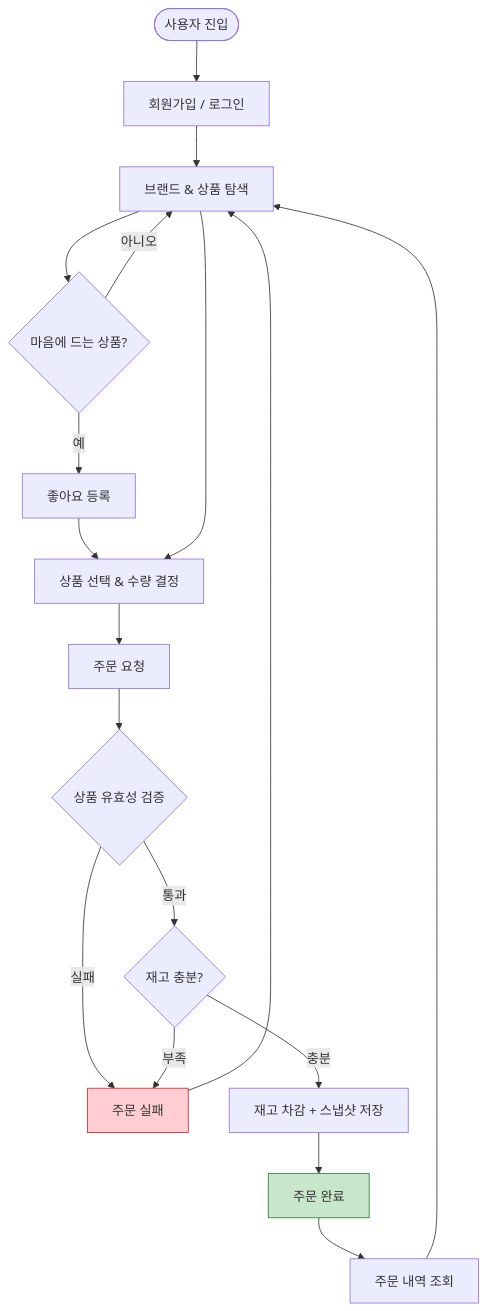
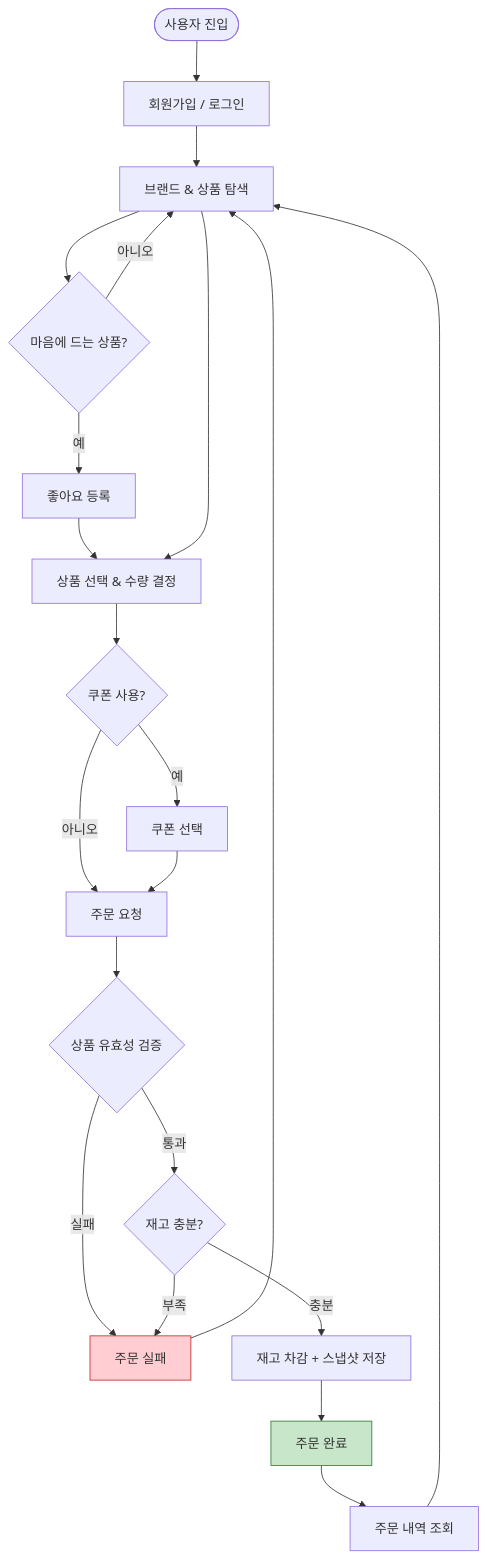
The first of 6 diagrams in docs/design/05-flowcharts.md (Loopers-dev-lab/loop-pack-be-l2-vol3-kotlin), drawn with Mermaid before and after one commit. The commit also changed other lines of this file and 7 other files, not shown here.

````diff
--- a/docs/design/05-flowcharts.md
+++ b/docs/design/05-flowcharts.md
@@ -14,28 +14,31 @@
 ```mermaid
 flowchart TB
     A([사용자 진입]) --> B[회원가입 / 로그인]
     B --> C[브랜드 & 상품 탐색]
 
     C --> D{마음에 드는 상품?}
     D -->|예| E[좋아요 등록]
     D -->|아니오| C
 
     E --> F[상품 선택 & 수량 결정]
     C --> F
 
-    F --> G[주문 요청]
+    F --> F2{쿠폰 사용?}
+    F2 -->|예| FC[쿠폰 선택]
+    F2 -->|아니오| G
+    FC --> G[주문 요청]
     G --> H{상품 유효성 검증}
     H -->|실패| I[주문 실패]:::error
     I --> C
 
     H -->|통과| J{재고 충분?}
     J -->|부족| I
     J -->|충분| K[재고 차감 + 스냅샷 저장]
     K --> L[주문 완료]:::success
 
     L --> M[주문 내역 조회]
     M --> C
 
     classDef success fill:#c8e6c9,stroke:#2e7d32
     classDef error fill:#ffcdd2,stroke:#c62828
 ```
````
